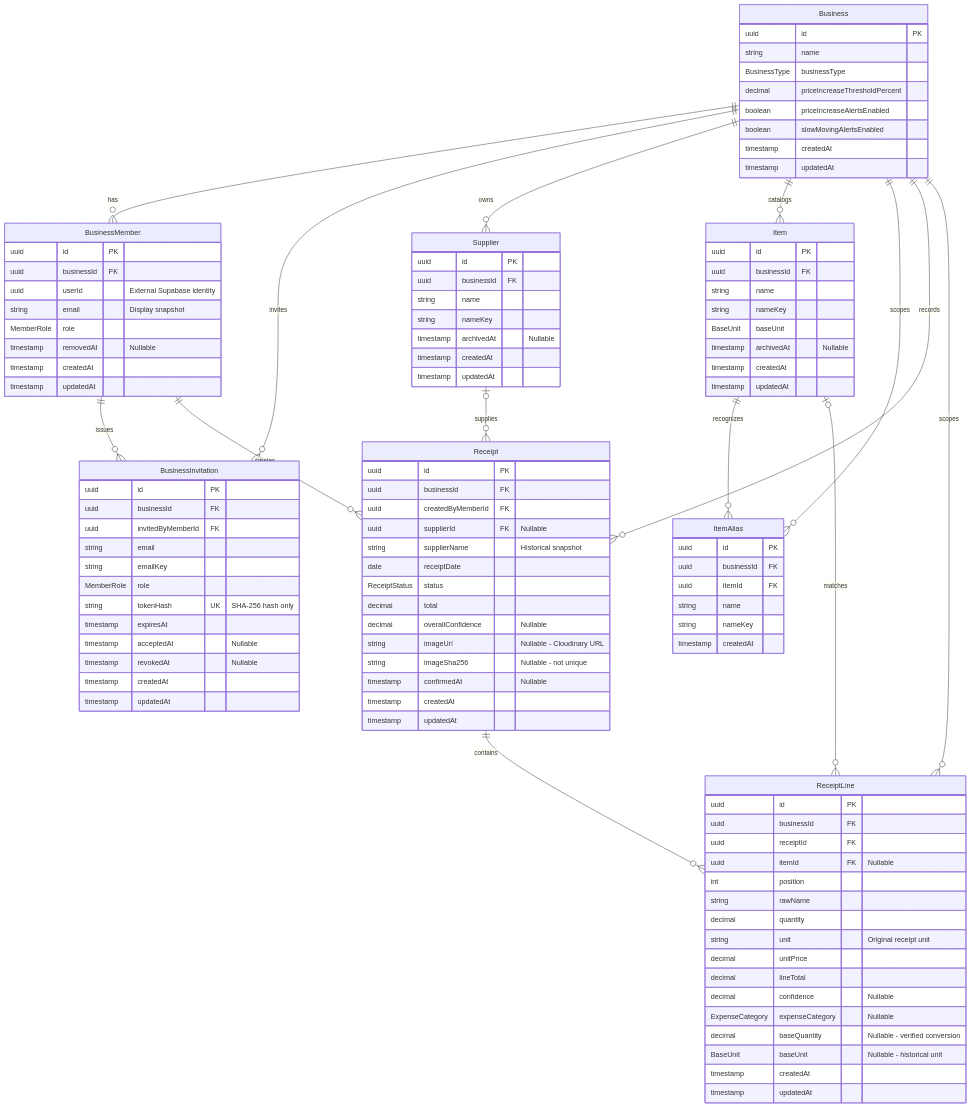
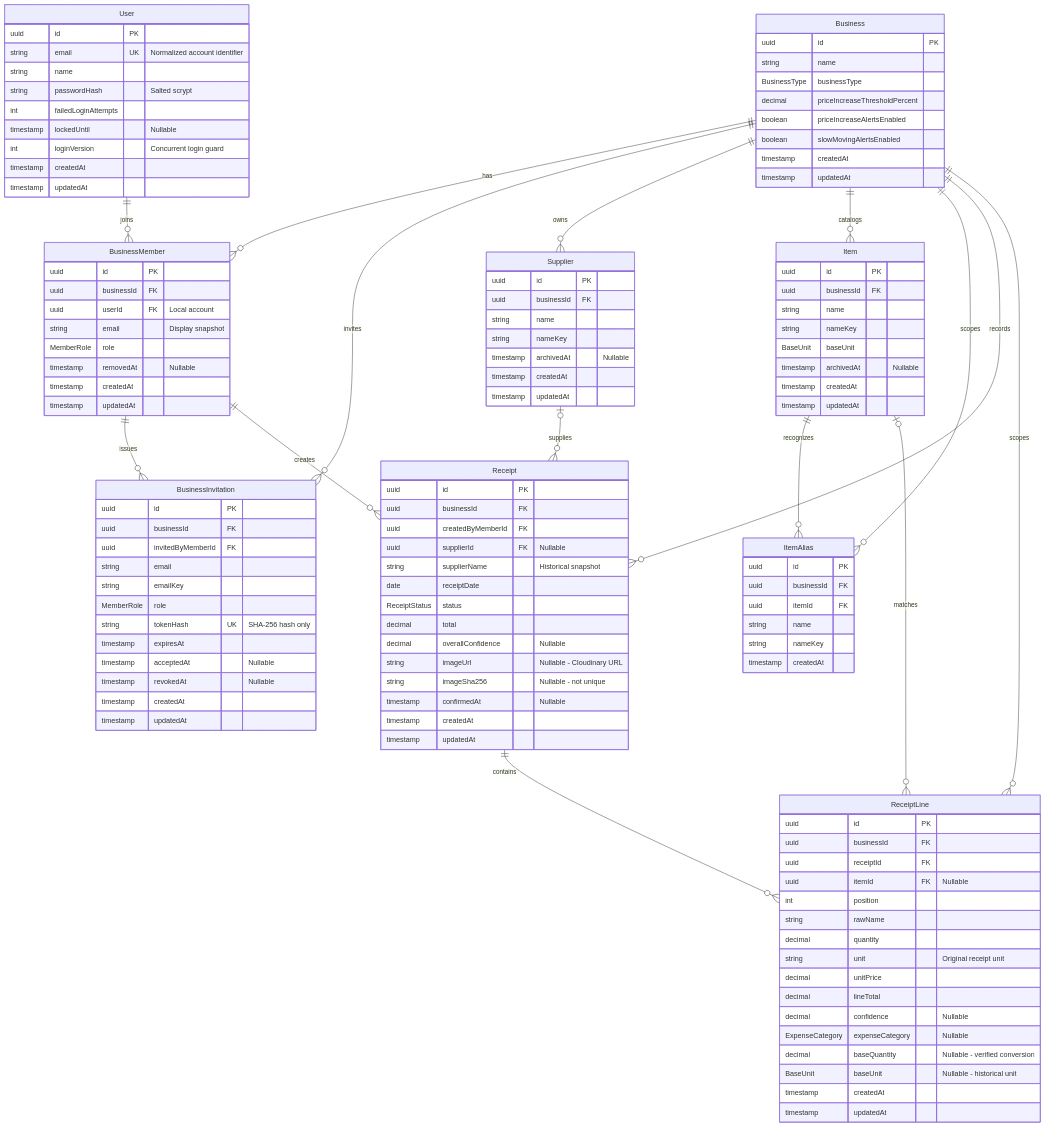
One commit to tingclarice/onyxa changed the diagram in prisma/database-schema.mmd. Above: the diagram before and after it, drawn with Mermaid. The commit also changed 65 other files, not shown here.

```diff
--- a/prisma/database-schema.mmd
+++ b/prisma/database-schema.mmd
@@ -1,110 +1,122 @@
 erDiagram
+    User ||--o{ BusinessMember : joins
     Business ||--o{ BusinessMember : has
     Business ||--o{ BusinessInvitation : invites
     Business ||--o{ Supplier : owns
     Business ||--o{ Item : catalogs
     Business ||--o{ ItemAlias : scopes
     Business ||--o{ Receipt : records
     Business ||--o{ ReceiptLine : scopes
     BusinessMember ||--o{ BusinessInvitation : issues
     BusinessMember ||--o{ Receipt : creates
     Supplier |o--o{ Receipt : supplies
     Item ||--o{ ItemAlias : recognizes
     Item |o--o{ ReceiptLine : matches
     Receipt ||--o{ ReceiptLine : contains
 
+    User {
+        uuid id PK
+        string email UK "Normalized account identifier"
+        string name
+        string passwordHash "Salted scrypt"
+        int failedLoginAttempts
+        timestamp lockedUntil "Nullable"
+        int loginVersion "Concurrent login guard"
+        timestamp createdAt
+        timestamp updatedAt
+    }
     Business {
         uuid id PK
         string name
         BusinessType businessType
         decimal priceIncreaseThresholdPercent
         boolean priceIncreaseAlertsEnabled
         boolean slowMovingAlertsEnabled
         timestamp createdAt
         timestamp updatedAt
     }
     BusinessMember {
         uuid id PK
         uuid businessId FK
-        uuid userId "External Supabase identity"
+        uuid userId FK "Local account"
         string email "Display snapshot"
         MemberRole role
         timestamp removedAt "Nullable"
         timestamp createdAt
         timestamp updatedAt
     }
     BusinessInvitation {
         uuid id PK
         uuid businessId FK
         uuid invitedByMemberId FK
         string email
         string emailKey
         MemberRole role
         string tokenHash UK "SHA-256 hash only"
         timestamp expiresAt
         timestamp acceptedAt "Nullable"
         timestamp revokedAt "Nullable"
         timestamp createdAt
         timestamp updatedAt
     }
     Supplier {
         uuid id PK
         uuid businessId FK
         string name
         string nameKey
         timestamp archivedAt "Nullable"
         timestamp createdAt
         timestamp updatedAt
     }
     Item {
         uuid id PK
         uuid businessId FK
         string name
         string nameKey
         BaseUnit baseUnit
         timestamp archivedAt "Nullable"
         timestamp createdAt
         timestamp updatedAt
     }
     ItemAlias {
         uuid id PK
         uuid businessId FK
         uuid itemId FK
         string name
         string nameKey
         timestamp createdAt
     }
     Receipt {
         uuid id PK
         uuid businessId FK
         uuid createdByMemberId FK
         uuid supplierId FK "Nullable"
         string supplierName "Historical snapshot"
         date receiptDate
         ReceiptStatus status
         decimal total
         decimal overallConfidence "Nullable"
         string imageUrl "Nullable - Cloudinary URL"
         string imageSha256 "Nullable - not unique"
         timestamp confirmedAt "Nullable"
         timestamp createdAt
         timestamp updatedAt
     }
     ReceiptLine {
         uuid id PK
         uuid businessId FK
         uuid receiptId FK
         uuid itemId FK "Nullable"
         int position
         string rawName
         decimal quantity
         string unit "Original receipt unit"
         decimal unitPrice
         decimal lineTotal
         decimal confidence "Nullable"
         ExpenseCategory expenseCategory "Nullable"
         decimal baseQuantity "Nullable - verified conversion"
         BaseUnit baseUnit "Nullable - historical unit"
         timestamp createdAt
         timestamp updatedAt
     }
```
